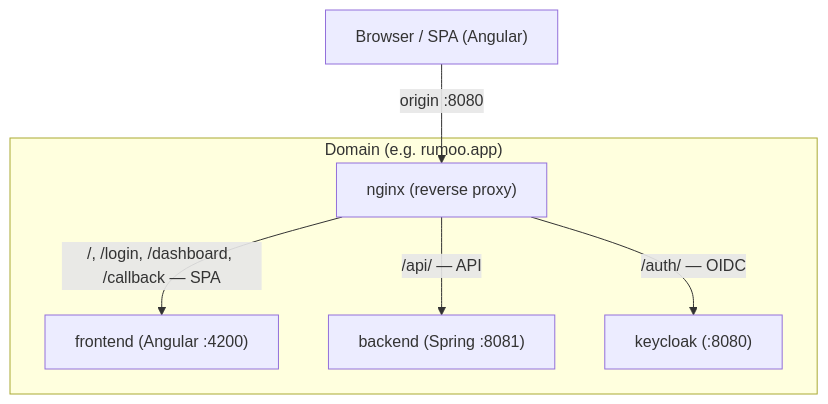
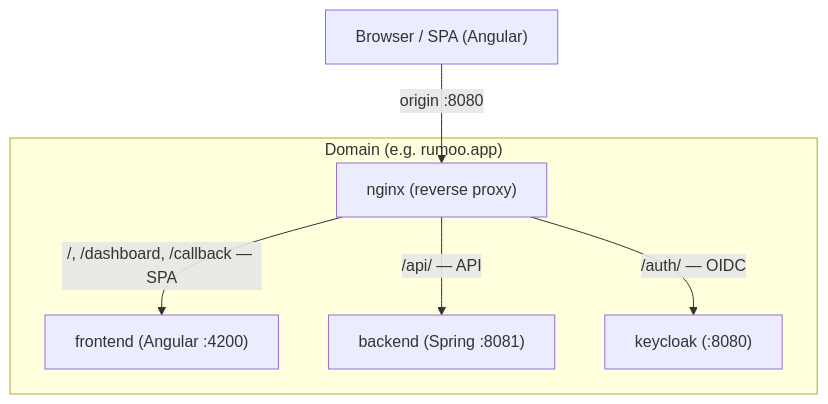
Before and after one commit to MatheusWith/Rumoo: the first of 6 diagrams in docs/auth/authentication-authorization.md, drawn with Mermaid. The commit also changed other lines of this file and 17 other files, not shown here.

First line of the commit message:
feat(frontend): remove the Angular login screen

````diff
--- a/docs/auth/authentication-authorization.md
+++ b/docs/auth/authentication-authorization.md
@@ -68,10 +68,10 @@
 ```mermaid
 flowchart TD
     BROWSER["Browser / SPA (Angular)"] -->|"origin :8080"| NGINX["nginx (reverse proxy)"]
 
     subgraph DOM["Domain (e.g. rumoo.app)"]
-        NGINX -->|"/, /login, /dashboard, /callback — SPA"| FE["frontend (Angular :4200)"]
+        NGINX -->|"/, /dashboard, /callback — SPA"| FE["frontend (Angular :4200)"]
         NGINX -->|"/api/ — API"| BE["backend (Spring :8081)"]
         NGINX -->|"/auth/ — OIDC"| KC["keycloak (:8080)"]
     end
 ```
````
